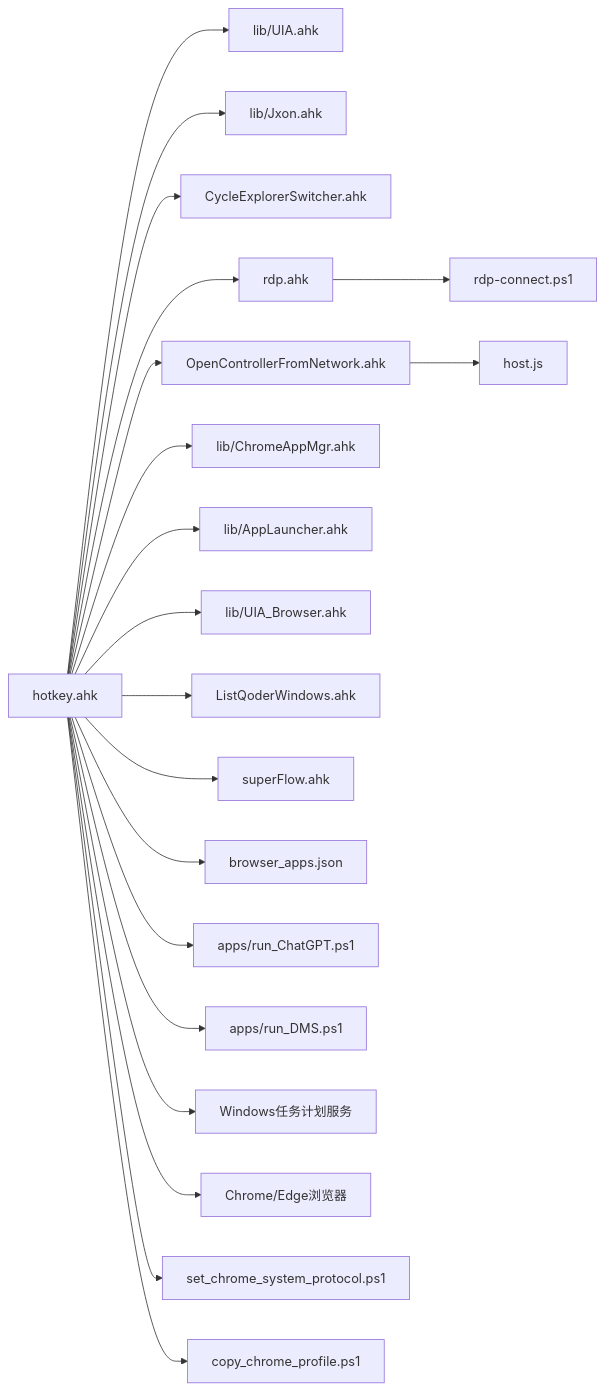
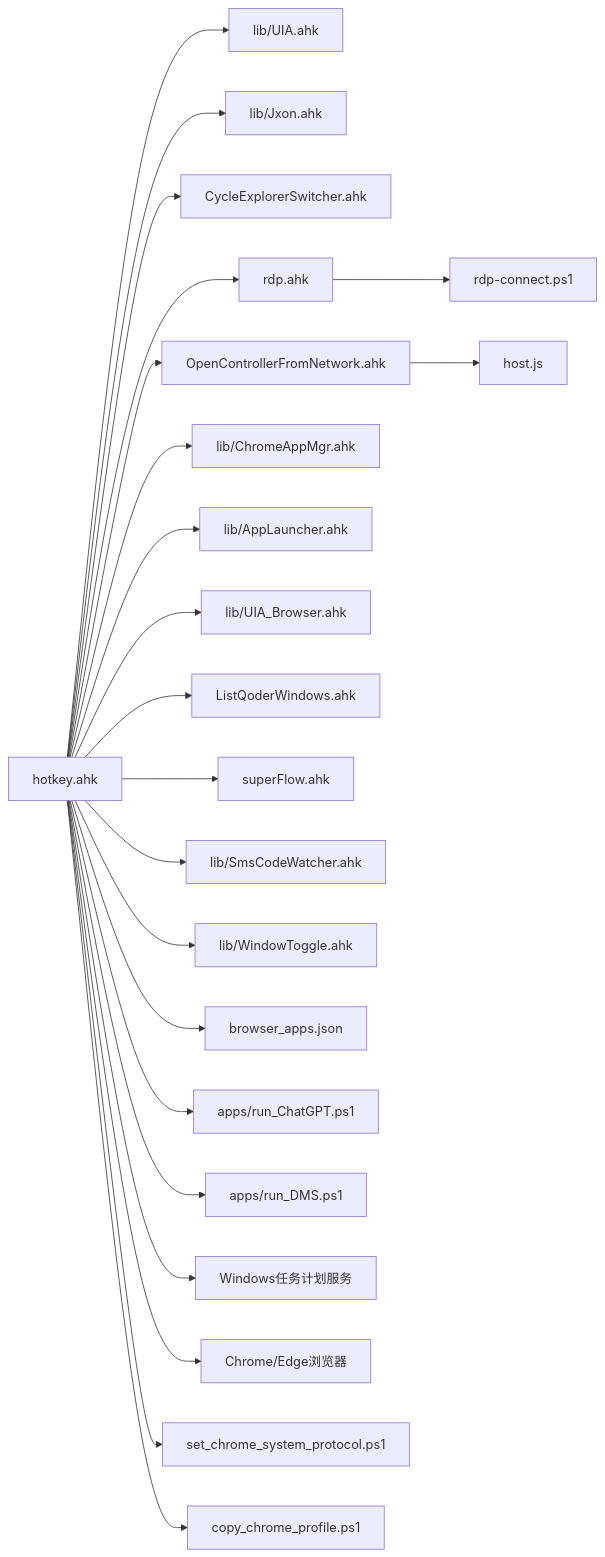
Before and after one commit to wangys-123doit/hotkey: diagram 15 of 15 in .qoder/repowiki/zh/content/核心功能/应用程序控制.md, drawn with Mermaid. The commit also changed other lines of this file and 4 other files, not shown here.

````diff
--- a/.qoder/repowiki/zh/content/核心功能/应用程序控制.md
+++ b/.qoder/repowiki/zh/content/核心功能/应用程序控制.md
@@ -691,22 +768,24 @@
 ```mermaid
 graph LR
 HK["hotkey.ahk"] --> UIA["lib/UIA.ahk"]
 HK --> JX["lib/Jxon.ahk"]
 HK --> CES["CycleExplorerSwitcher.ahk"]
 HK --> RDP["rdp.ahk"]
 HK --> OCN["OpenControllerFromNetwork.ahk"]
 HK --> CAM["lib/ChromeAppMgr.ahk"]
 HK --> AL["lib/AppLauncher.ahk"]
 HK --> UIB["lib/UIA_Browser.ahk"]
 HK --> LQW["ListQoderWindows.ahk"]
 HK --> SF["superFlow.ahk"]
+HK --> SCW["lib/SmsCodeWatcher.ahk"]
+HK --> WT["lib/WindowToggle.ahk"]
 OCN --> HOST["host.js"]
 RDP --> PS["rdp-connect.ps1"]
 HK --> BJSON["browser_apps.json"]
 HK --> PCHAT["apps/run_ChatGPT.ps1"]
 HK --> PDMS["apps/run_DMS.ps1"]
 HK --> SCHTASKS["Windows任务计划服务"]
 HK --> CHROME["Chrome/Edge浏览器"]
 HK --> PROTOCOL["set_chrome_system_protocol.ps1"]
 HK --> PROFILE["copy_chrome_profile.ps1"]
 ```
````
